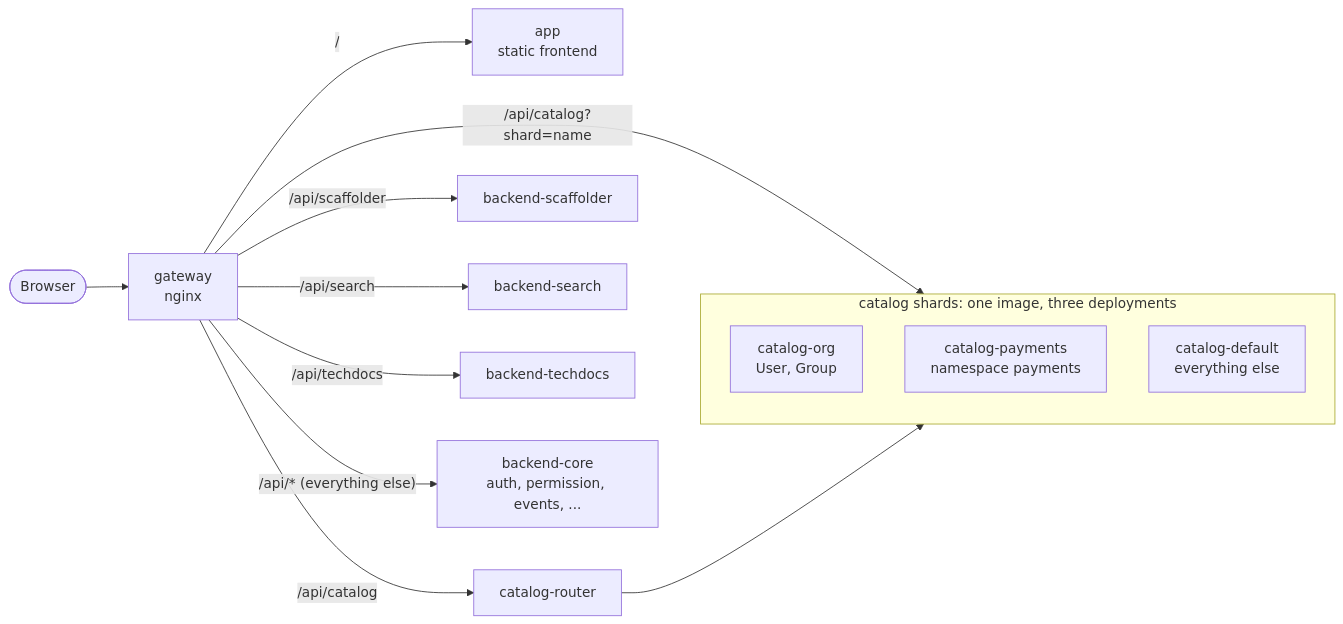
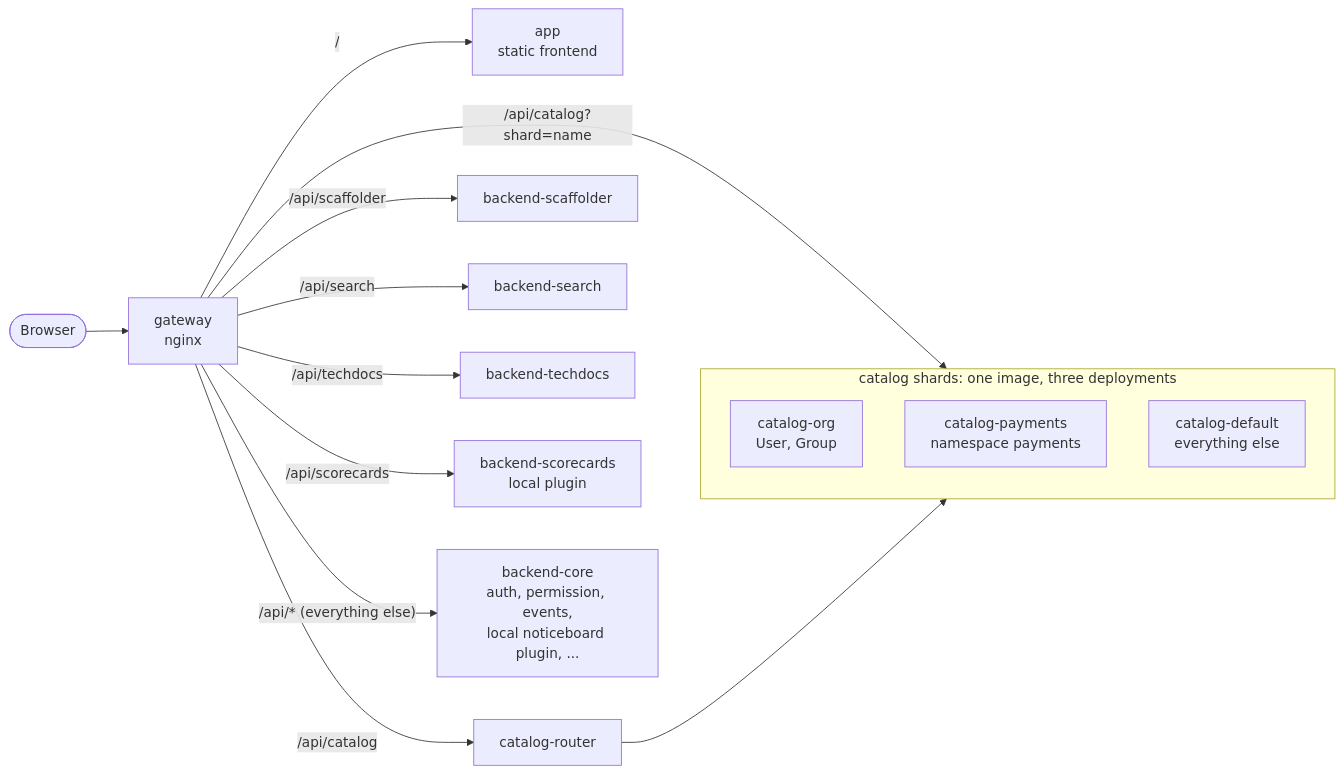
Before and after one commit to rgardam/multi-deployment-backstage: the diagram in README.md, drawn with Mermaid. The commit also changed other lines of this file and 79 other files, not shown here.

First line of the commit message:
Add local frontend and backend plugins built through the split pipeline

````diff
--- a/README.md
+++ b/README.md
@@ -25,17 +30,18 @@
 ```mermaid
 flowchart LR
   browser([Browser]) --> gw[gateway<br/>nginx]
   gw -- "/" --> app[app<br/>static frontend]
   gw -- "/api/catalog" --> router[catalog-router]
   gw -- "/api/catalog?shard=name" --> shards
   gw -- "/api/scaffolder" --> scaffolder[backend-scaffolder]
   gw -- "/api/search" --> search[backend-search]
   gw -- "/api/techdocs" --> techdocs[backend-techdocs]
-  gw -- "/api/* (everything else)" --> core[backend-core<br/>auth, permission, events, ...]
+  gw -- "/api/scorecards" --> scorecards[backend-scorecards<br/>local plugin]
+  gw -- "/api/* (everything else)" --> core[backend-core<br/>auth, permission, events,<br/>local noticeboard plugin, ...]
   router --> shards
   subgraph shards [catalog shards: one image, three deployments]
     org[catalog-org<br/>User, Group]
     payments[catalog-payments<br/>namespace payments]
     default[catalog-default<br/>everything else]
   end
 ```
````
